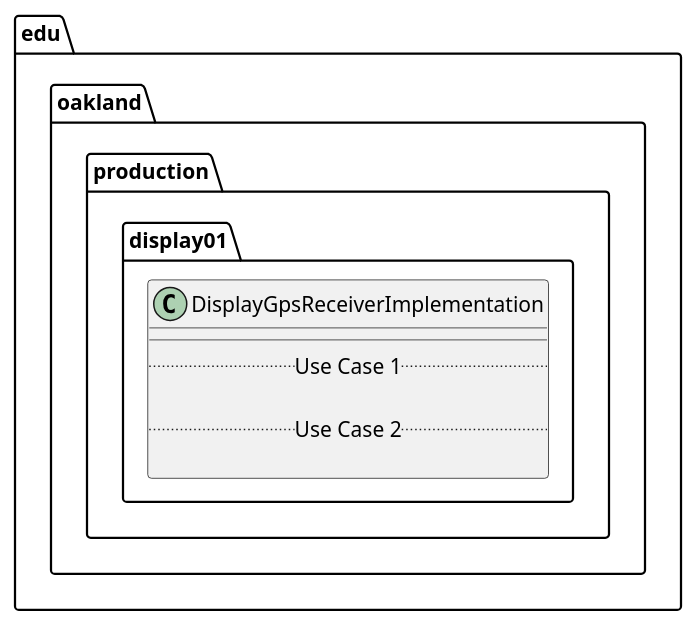
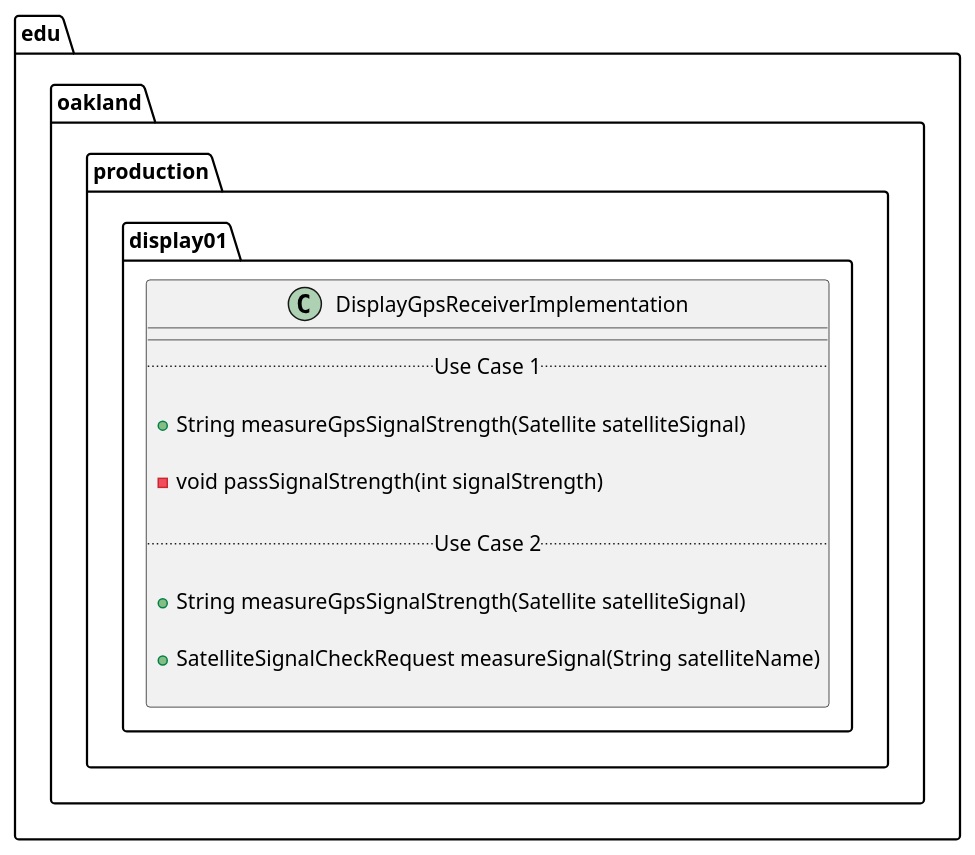
Before and after one commit to andrewdimmer/csi-3370-software-project: the diagram in docs/uml-class-diagrams/display01/production/DisplayGpsReceiverImplementation/DisplayGpsReceiverImplementation.puml, drawn with PlantUML. The commit also changed 3 other files, not shown here.

```diff
--- a/docs/uml-class-diagrams/display01/production/DisplayGpsReceiverImplementation/DisplayGpsReceiverImplementation.puml
+++ b/docs/uml-class-diagrams/display01/production/DisplayGpsReceiverImplementation/DisplayGpsReceiverImplementation.puml
@@ -1,13 +1,21 @@
 @startuml DisplayGpsReceiverImplementation
 
 package edu.oakland.production.display01 {
     class DisplayGpsReceiverImplementation {
         __
         .. Use Case 1 ..
+        
+        + String measureGpsSignalStrength(Satellite satelliteSignal)
+        
+        - void passSignalStrength(int signalStrength)
 
         .. Use Case 2 ..
+        
+        + String measureGpsSignalStrength(Satellite satelliteSignal)
+        
+        + SatelliteSignalCheckRequest measureSignal(String satelliteName)
 
     }
 }
 
 @enduml
```
